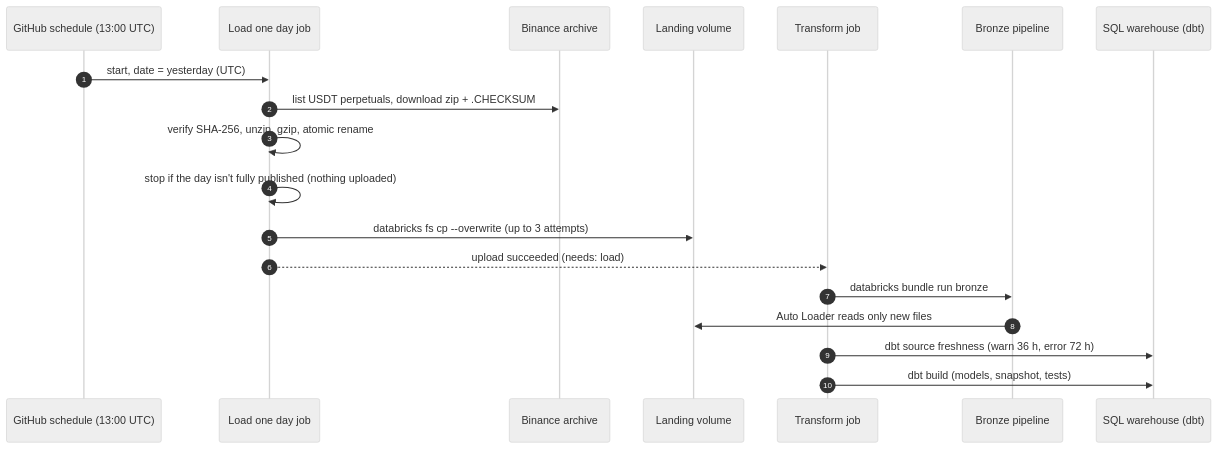
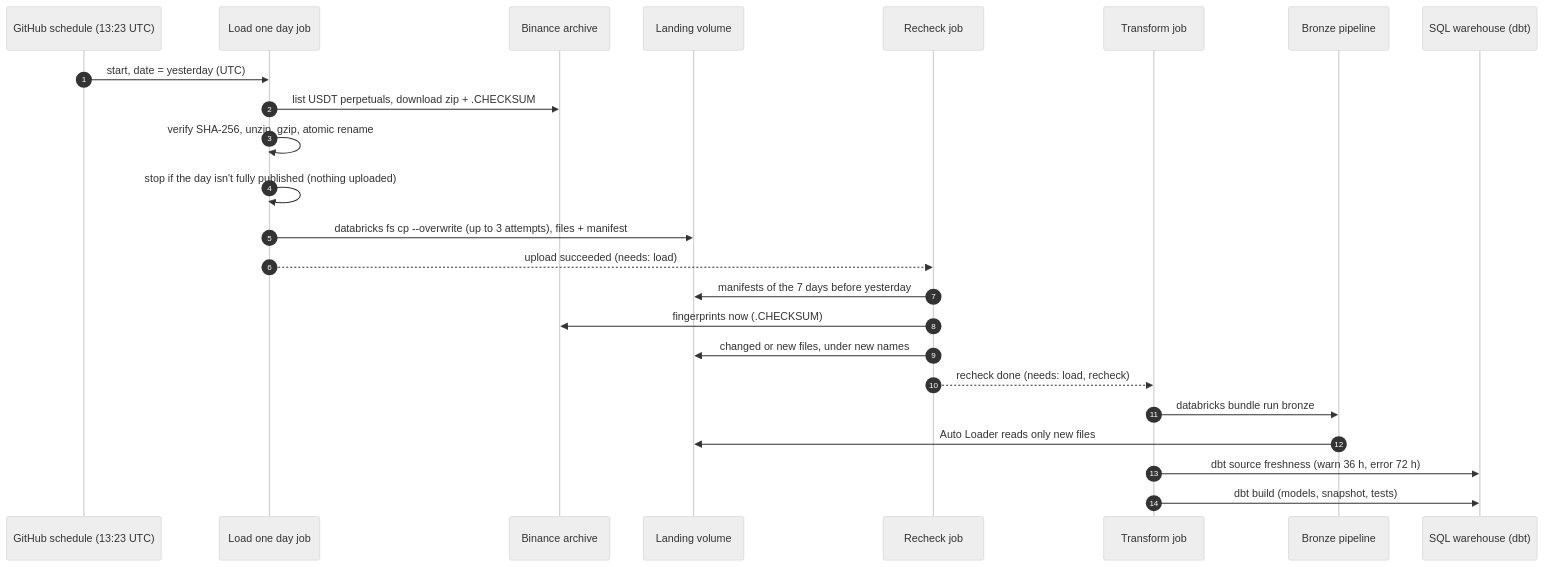
One commit to shivam65-sketch/medusa changed the diagram in docs/diagrams/daily-run.mmd. Above: the diagram before and after it, drawn with Mermaid. The commit also changed 13 other files, not shown here.

Commit message:
Lakehouse: re-check the previous 7 days against Binance and reload files it changed (ADR-023); daily run at 13:23 UTC

```diff
--- a/docs/diagrams/daily-run.mmd
+++ b/docs/diagrams/daily-run.mmd
@@ -1,20 +1,25 @@
 %%{init: {"theme": "neutral"}}%%
 sequenceDiagram
   autonumber
-  participant S as GitHub schedule (13:00 UTC)
+  participant S as GitHub schedule (13:23 UTC)
   participant L as Load one day job
   participant B as Binance archive
   participant V as Landing volume
+  participant R as Recheck job
   participant T as Transform job
   participant P as Bronze pipeline
   participant W as SQL warehouse (dbt)
   S->>L: start, date = yesterday (UTC)
   L->>B: list USDT perpetuals, download zip + .CHECKSUM
   L->>L: verify SHA-256, unzip, gzip, atomic rename
   L->>L: stop if the day isn't fully published (nothing uploaded)
-  L->>V: databricks fs cp --overwrite (up to 3 attempts)
-  L-->>T: upload succeeded (needs: load)
+  L->>V: databricks fs cp --overwrite (up to 3 attempts), files + manifest
+  L-->>R: upload succeeded (needs: load)
+  R->>V: manifests of the 7 days before yesterday
+  R->>B: fingerprints now (.CHECKSUM)
+  R->>V: changed or new files, under new names
+  R-->>T: recheck done (needs: load, recheck)
   T->>P: databricks bundle run bronze
   P->>V: Auto Loader reads only new files
   T->>W: dbt source freshness (warn 36 h, error 72 h)
   T->>W: dbt build (models, snapshot, tests)
```
